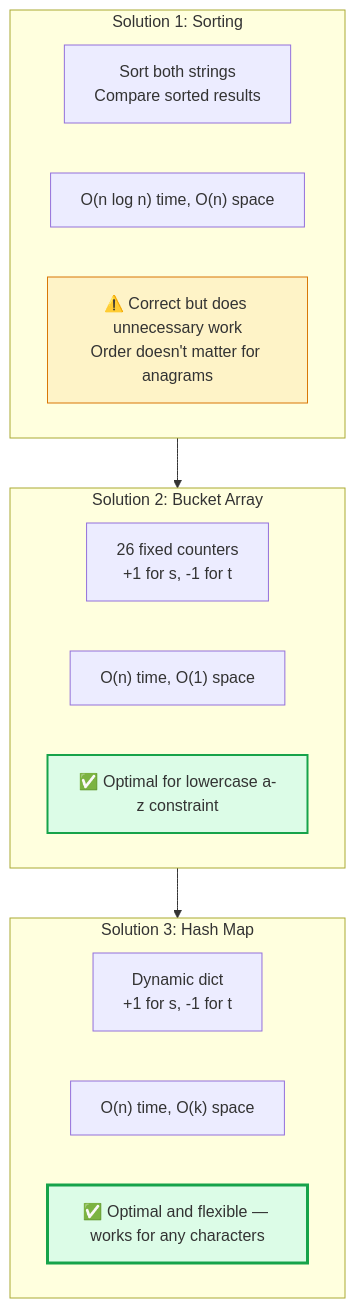
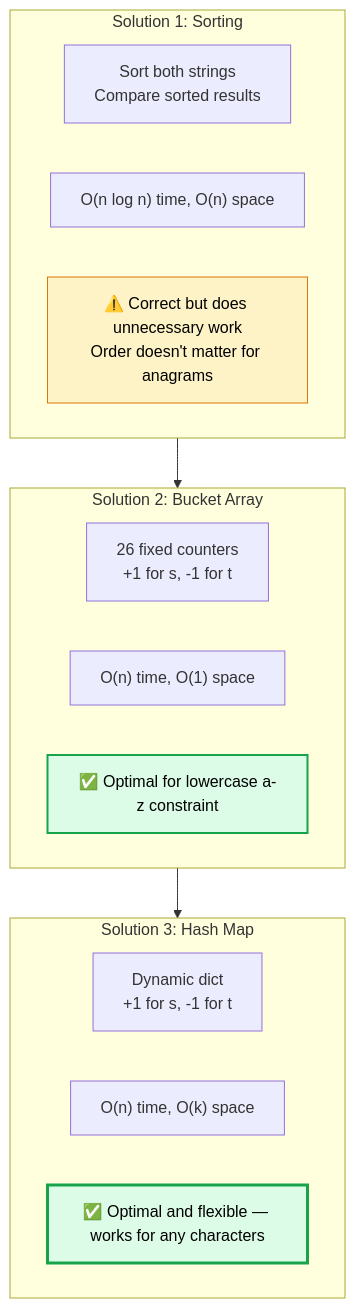
One commit to M-F-Tushar/LeetCode-Problem-Solving changed diagram 14 of 15 in 03 - Valid Anagram/README.md. Above: the diagram before and after it, drawn with Mermaid. The commit also changed other lines of this file, not shown here.

````diff
--- a/03 - Valid Anagram/README.md
+++ b/03 - Valid Anagram/README.md
@@ -461,26 +460,26 @@
 ```mermaid
 flowchart TB
     subgraph S1["Solution 1: Sorting"]
         S1A["Sort both strings\nCompare sorted results"]
         S1B["O(n log n) time, O(n) space"]
         S1C["⚠️ Correct but does unnecessary work\nOrder doesn't matter for anagrams"]
     end
 
     subgraph S2["Solution 2: Bucket Array"]
         S2A["26 fixed counters\n+1 for s, -1 for t"]
         S2B["O(n) time, O(1) space"]
         S2C["✅ Optimal for lowercase a-z constraint"]
     end
 
     subgraph S3["Solution 3: Hash Map"]
         S3A["Dynamic dict\n+1 for s, -1 for t"]
         S3B["O(n) time, O(k) space"]
         S3C["✅ Optimal and flexible — works for any characters"]
     end
 
     S1 --> S2 --> S3
 
-    style S1C fill:#fef3c7,stroke:#d97706
-    style S2C fill:#dcfce7,stroke:#16a34a,stroke-width:2px
-    style S3C fill:#dcfce7,stroke:#16a34a,stroke-width:3px
+    style S1C fill:#fef3c7,stroke:#d97706,color:#000000
+    style S2C fill:#dcfce7,stroke:#16a34a,stroke-width:2px,color:#000000
+    style S3C fill:#dcfce7,stroke:#16a34a,stroke-width:3px,color:#000000
 ```
````
